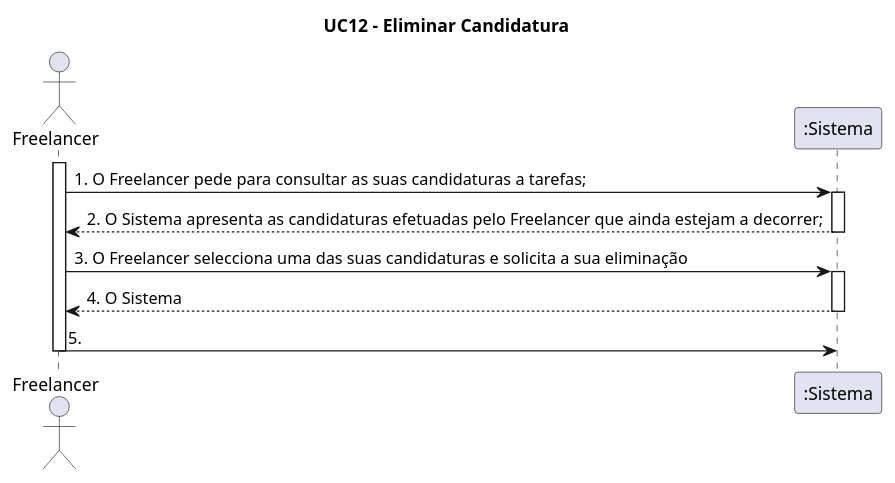
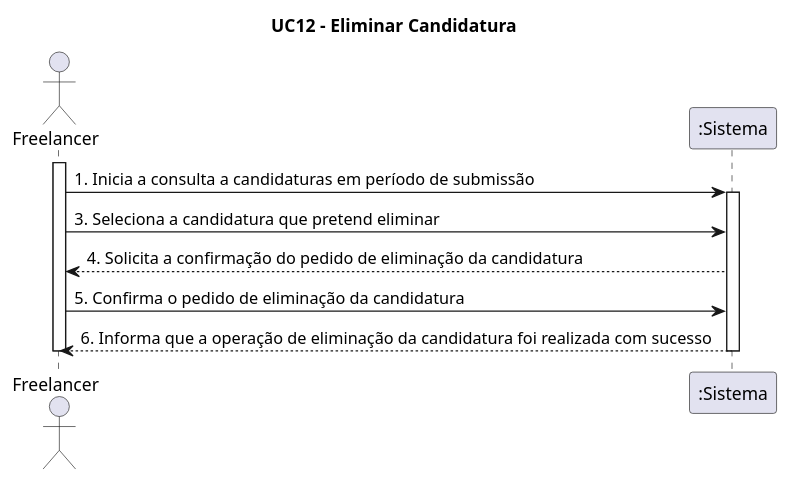
The diagram in Documentação/Sprint 4/UC12_Eliminar_Candidatura/UC12_Eliminar_Candidatura_DSS.wsd (blestonbandeiraUPSKILL/upskill_java1_labprg_grupo2), drawn with PlantUML before and after one commit. The commit also changed 9 other files, not shown here.

```diff
--- a/Documentação/Sprint 4/UC12_Eliminar_Candidatura/UC12_Eliminar_Candidatura_DSS.wsd
+++ b/Documentação/Sprint 4/UC12_Eliminar_Candidatura/UC12_Eliminar_Candidatura_DSS.wsd
@@ -1,16 +1,17 @@
 @startuml
+
 title UC12 - Eliminar Candidatura
+
 actor Freelancer
+participant ":Sistema" as Sistema
 activate Freelancer
-Freelancer -> ":Sistema" : 1. O Freelancer pede para consultar as suas candidaturas a tarefas;
-activate ":Sistema"
-":Sistema" --> Freelancer : 2. O Sistema apresenta as candidaturas efetuadas pelo Freelancer que ainda estejam a decorrer;  
-deactivate ":Sistema"
-Freelancer -> ":Sistema" : 3. O Freelancer selecciona uma das suas candidaturas e solicita a sua eliminação
-activate ":Sistema"
-":Sistema" --> Freelancer : 4. O Sistema 
-deactivate ":Sistema"
-Freelancer -> ":Sistema" : 5.  
-deactivate ":Sistema"
+
+Freelancer -> Sistema : 1. Inicia a consulta a candidaturas em período de submissão
+activate Sistema
+Freelancer -> Sistema : 3. Seleciona a candidatura que pretend eliminar
+Sistema --> Freelancer : 4. Solicita a confirmação do pedido de eliminação da candidatura
+Freelancer -> Sistema : 5. Confirma o pedido de eliminação da candidatura
+Sistema --> Freelancer : 6. Informa que a operação de eliminação da candidatura foi realizada com sucesso
+deactivate Sistema
 deactivate Freelancer
 @enduml
```
